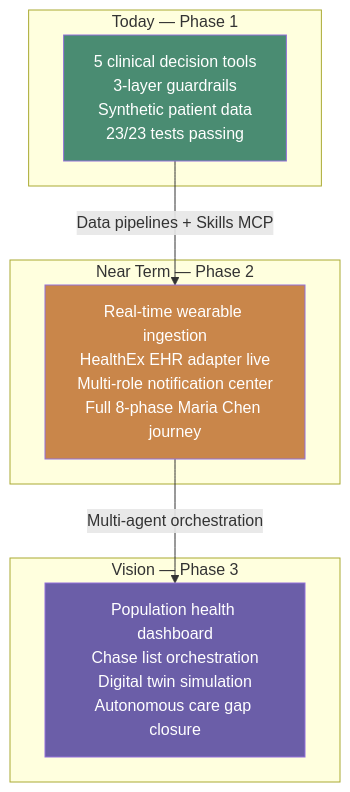
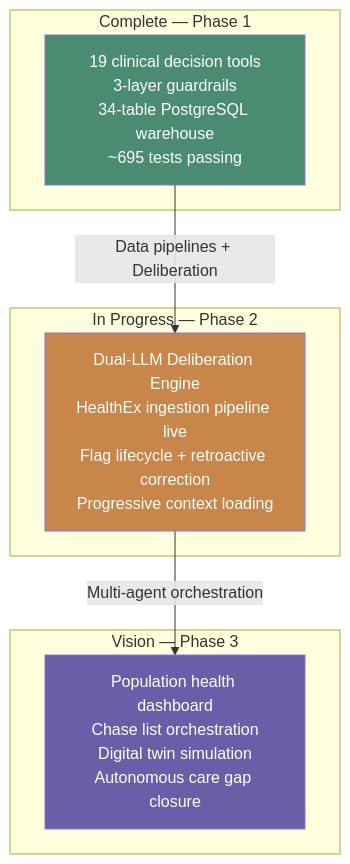
Before and after one commit to aliomraniH/ambient-patient-companion: the eighth of 8 diagrams in README.md, drawn with Mermaid. The commit also changed other lines of this file and 1 other file, not shown here.

````diff
--- a/README.md
+++ b/README.md
@@ -600,21 +685,21 @@
 ```mermaid
 graph TB
-    subgraph "Today — Phase 1"
-        P1["5 clinical decision tools<br/>3-layer guardrails<br/>Synthetic patient data<br/>23/23 tests passing"]
+    subgraph "Complete — Phase 1"
+        P1["19 clinical decision tools<br/>3-layer guardrails<br/>34-table PostgreSQL warehouse<br/>~695 tests passing"]
     end
 
-    subgraph "Near Term — Phase 2"
-        P2["Real-time wearable ingestion<br/>HealthEx EHR adapter live<br/>Multi-role notification center<br/>Full 8-phase Maria Chen journey"]
+    subgraph "In Progress — Phase 2"
+        P2["Dual-LLM Deliberation Engine<br/>HealthEx ingestion pipeline live<br/>Flag lifecycle + retroactive correction<br/>Progressive context loading"]
     end
 
     subgraph "Vision — Phase 3"
         P3["Population health dashboard<br/>Chase list orchestration<br/>Digital twin simulation<br/>Autonomous care gap closure"]
     end
 
-    P1 -->|"Data pipelines + Skills MCP"| P2
+    P1 -->|"Data pipelines + Deliberation"| P2
     P2 -->|"Multi-agent orchestration"| P3
 
     style P1 fill:#4A8C72,color:#fff
     style P2 fill:#C9864A,color:#fff
     style P3 fill:#6B5EA8,color:#fff
 ```
````
